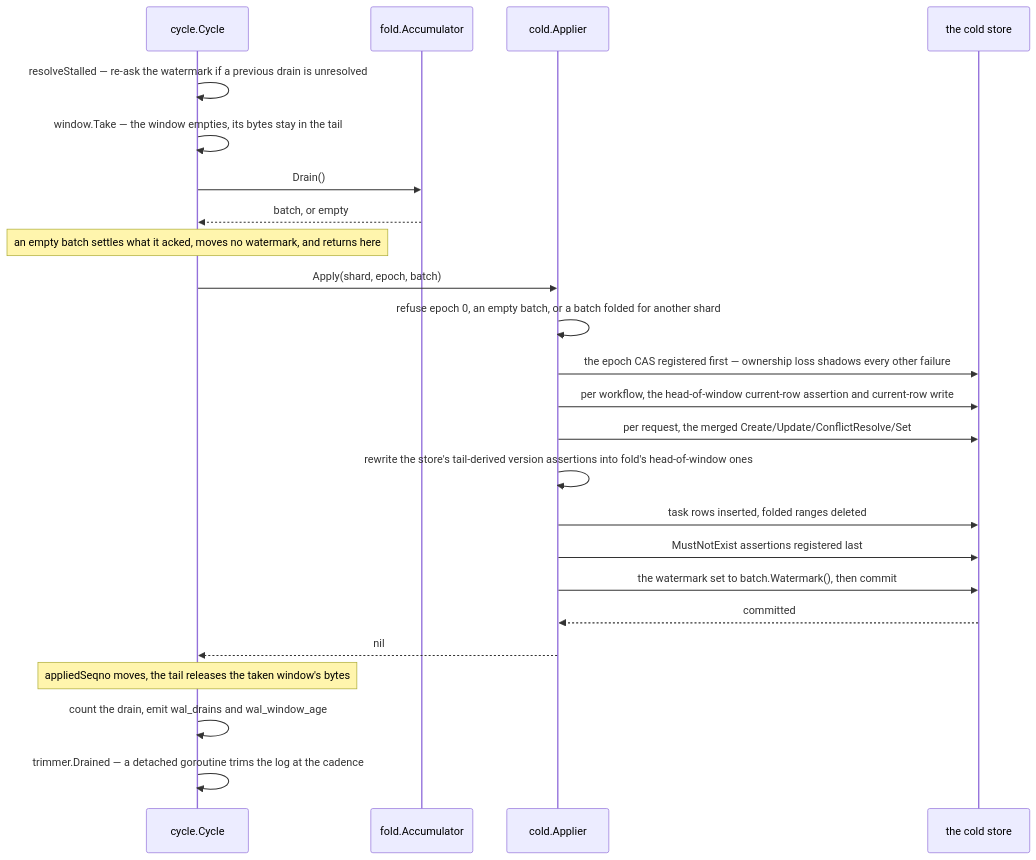
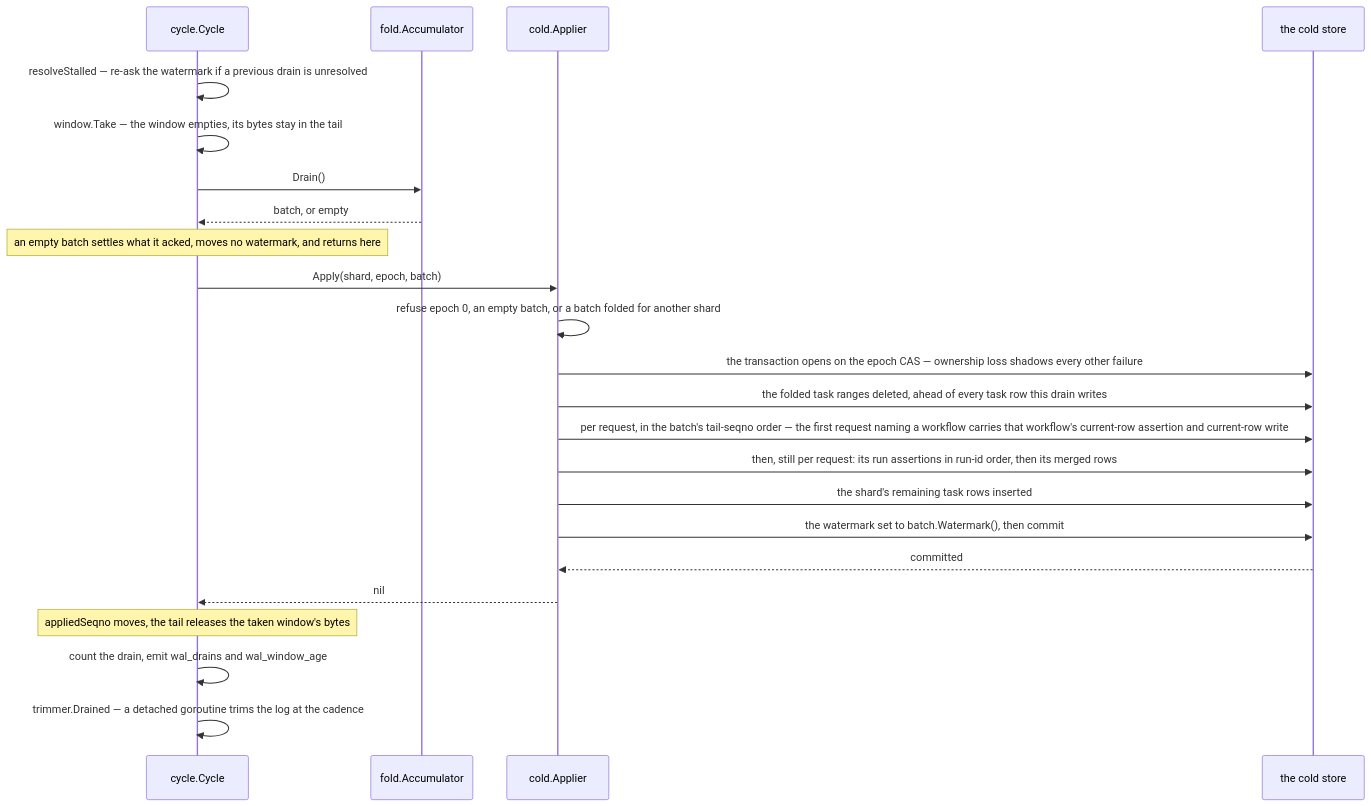
The third of 10 diagrams in docs/handbook/05-write-path.md (aromanovich/waltz), drawn with Mermaid before and after one commit. The commit also changed other lines of this file and 15 other files, not shown here.

````diff
--- a/docs/handbook/05-write-path.md
+++ b/docs/handbook/05-write-path.md
@@ -156,27 +159,26 @@
 ```mermaid
 sequenceDiagram
   participant CY as cycle.Cycle
   participant ACC as fold.Accumulator
   participant AP as cold.Applier
   participant CS as the cold store
 
   CY->>CY: resolveStalled — re-ask the watermark if a previous drain is unresolved
   CY->>CY: window.Take — the window empties, its bytes stay in the tail
   CY->>ACC: Drain()
   ACC-->>CY: batch, or empty
   Note over CY: an empty batch settles what it acked, moves no watermark, and returns here
   CY->>AP: Apply(shard, epoch, batch)
   AP->>AP: refuse epoch 0, an empty batch, or a batch folded for another shard
-  AP->>CS: the epoch CAS registered first — ownership loss shadows every other failure
-  AP->>CS: per workflow, the head-of-window current-row assertion and current-row write
-  AP->>CS: per request, the merged Create/Update/ConflictResolve/Set
-  AP->>AP: rewrite the store's tail-derived version assertions into fold's head-of-window ones
-  AP->>CS: task rows inserted, folded ranges deleted
-  AP->>CS: MustNotExist assertions registered last
+  AP->>CS: the transaction opens on the epoch CAS — ownership loss shadows every other failure
+  AP->>CS: the folded task ranges deleted, ahead of every task row this drain writes
+  AP->>CS: per request, in the batch's tail-seqno order — the first request naming a workflow carries that workflow's current-row assertion and current-row write
+  AP->>CS: then, still per request: its run assertions in run-id order, then its merged rows
+  AP->>CS: the shard's remaining task rows inserted
   AP->>CS: the watermark set to batch.Watermark(), then commit
   CS-->>AP: committed
   AP-->>CY: nil
   Note over CY: appliedSeqno moves, the tail releases the taken window's bytes
   CY->>CY: count the drain, emit wal_drains and wal_window_age
   CY->>CY: trimmer.Drained — a detached goroutine trims the log at the cadence
 ```
````
